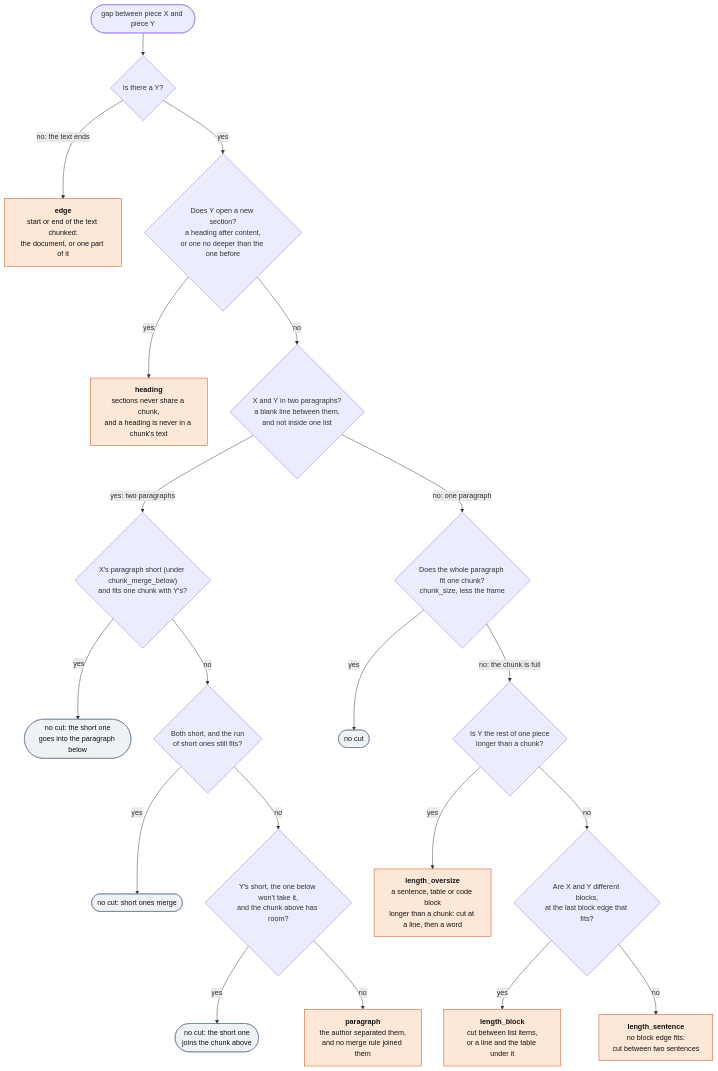
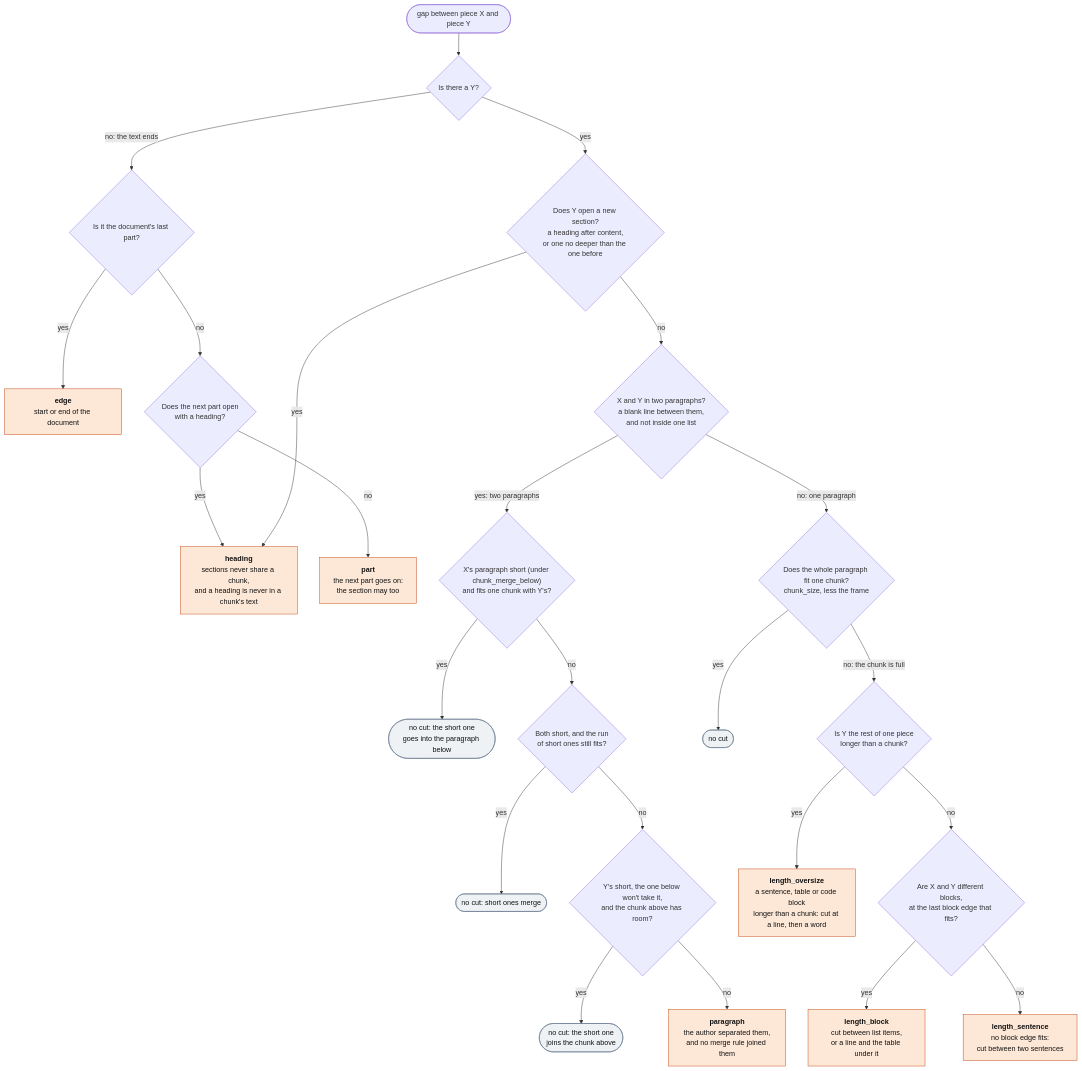
The third of 3 diagrams in docs/chunking.md (haskian/haskie), drawn with Mermaid before and after one commit. The commit also changed other lines of this file and 92 other files, not shown here.

````diff
--- a/docs/chunking.md
+++ b/docs/chunking.md
@@ -73,33 +76,37 @@
 ```mermaid
 flowchart TD
     gap(["gap between piece X and piece Y"])
 
     gap --> more{"Is there a Y?"}
-    more -- "no: the text ends" --> edge["<b>edge</b><br/>start or end of the text chunked:<br/>the document, or one part of it"]
+    more -- "no: the text ends" --> last{"Is it the document's last part?"}
+    last -- yes --> edge["<b>edge</b><br/>start or end of the document"]
+    last -- no --> opens{"Does the next part open<br/>with a heading?"}
+    opens -- yes --> heading
+    opens -- no --> part["<b>part</b><br/>the next part goes on:<br/>the section may too"]
 
     more -- yes --> head{"Does Y open a new section?<br/>a heading after content,<br/>or one no deeper than the one before"}
     head -- yes --> heading["<b>heading</b><br/>sections never share a chunk,<br/>and a heading is never in a chunk's text"]
 
     head -- no --> blank{"X and Y in two paragraphs?<br/>a blank line between them,<br/>and not inside one list"}
 
     blank -- "yes: two paragraphs" --> down{"X's paragraph short (under chunk_merge_below)<br/>and fits one chunk with Y's?"}
     down -- yes --> nocut1(["no cut: the short one<br/>goes into the paragraph below"])
     down -- no --> run{"Both short, and the run<br/>of short ones still fits?"}
     run -- yes --> nocut2(["no cut: short ones merge"])
     run -- no --> up{"Y's short, the one below won't take it,<br/>and the chunk above has room?"}
     up -- yes --> nocut3(["no cut: the short one<br/>joins the chunk above"])
     up -- no --> paragraph["<b>paragraph</b><br/>the author separated them,<br/>and no merge rule joined them"]
 
     blank -- "no: one paragraph" --> fits{"Does the whole paragraph fit one chunk?<br/>chunk_size, less the frame"}
     fits -- yes --> nocut4(["no cut"])
     fits -- "no: the chunk is full" --> cont{"Is Y the rest of one piece<br/>longer than a chunk?"}
     cont -- yes --> oversize["<b>length_oversize</b><br/>a sentence, table or code block<br/>longer than a chunk: cut at a line, then a word"]
     cont -- no --> blocks{"Are X and Y different blocks,<br/>at the last block edge that fits?"}
     blocks -- yes --> block["<b>length_block</b><br/>cut between list items,<br/>or a line and the table under it"]
     blocks -- no --> sentence["<b>length_sentence</b><br/>no block edge fits:<br/>cut between two sentences"]
 
     classDef reason fill:#fde8d7,stroke:#c2410c,color:#111
     classDef keep fill:#eef2f5,stroke:#64748b,color:#111
-    class edge,heading,paragraph,oversize,block,sentence reason
+    class edge,part,heading,paragraph,oversize,block,sentence reason
     class nocut1,nocut2,nocut3,nocut4 keep
 ```
````
